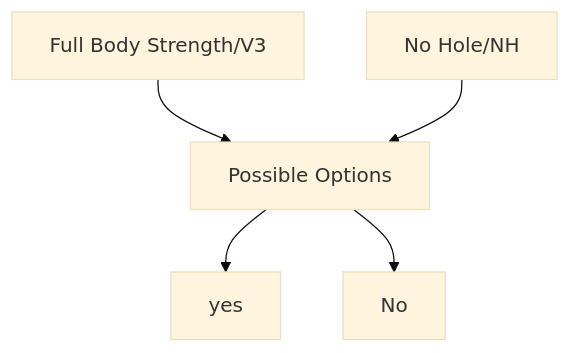
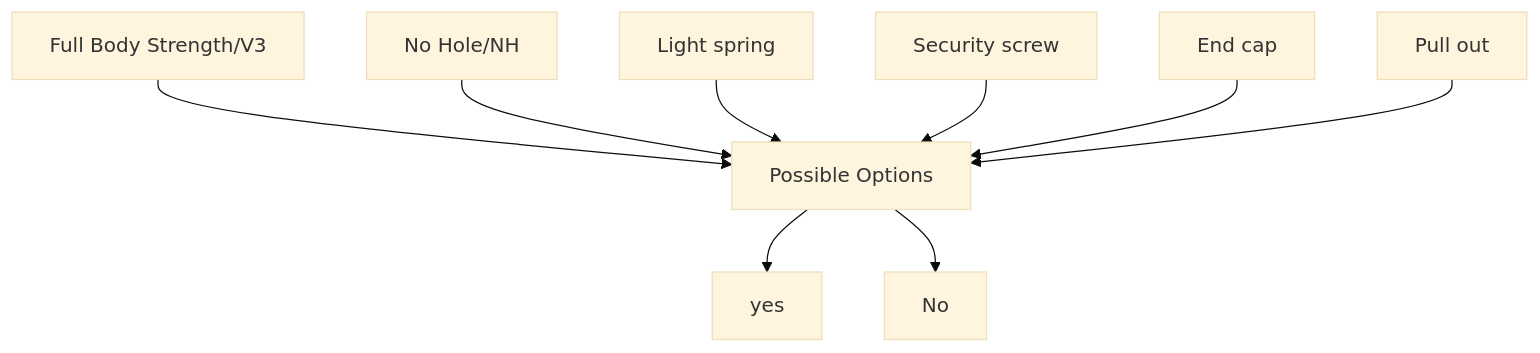
One commit to alokdas81/diamond-pricebook-diagram changed diagram 30 of 36 in README.md. Above: the diagram before and after it, drawn with Mermaid (base theme). The commit also changed other lines of this file, not shown here.

````diff
--- a/README.md
+++ b/README.md
@@ -1044,11 +1044,15 @@
 ```mermaid
 flowchart TD
 
 A[Full Body Strength/V3]
 B[No Hole/NH]
 P[Possible Options]
 A --> P 
 B --> P 
+C[Light spring] --> P 
+D[Security screw] --> P 
+E[End cap] --> P 
+F[Pull out] --> P 
 P --> Y[yes] 
 P --> N[No] 
 ```
````
